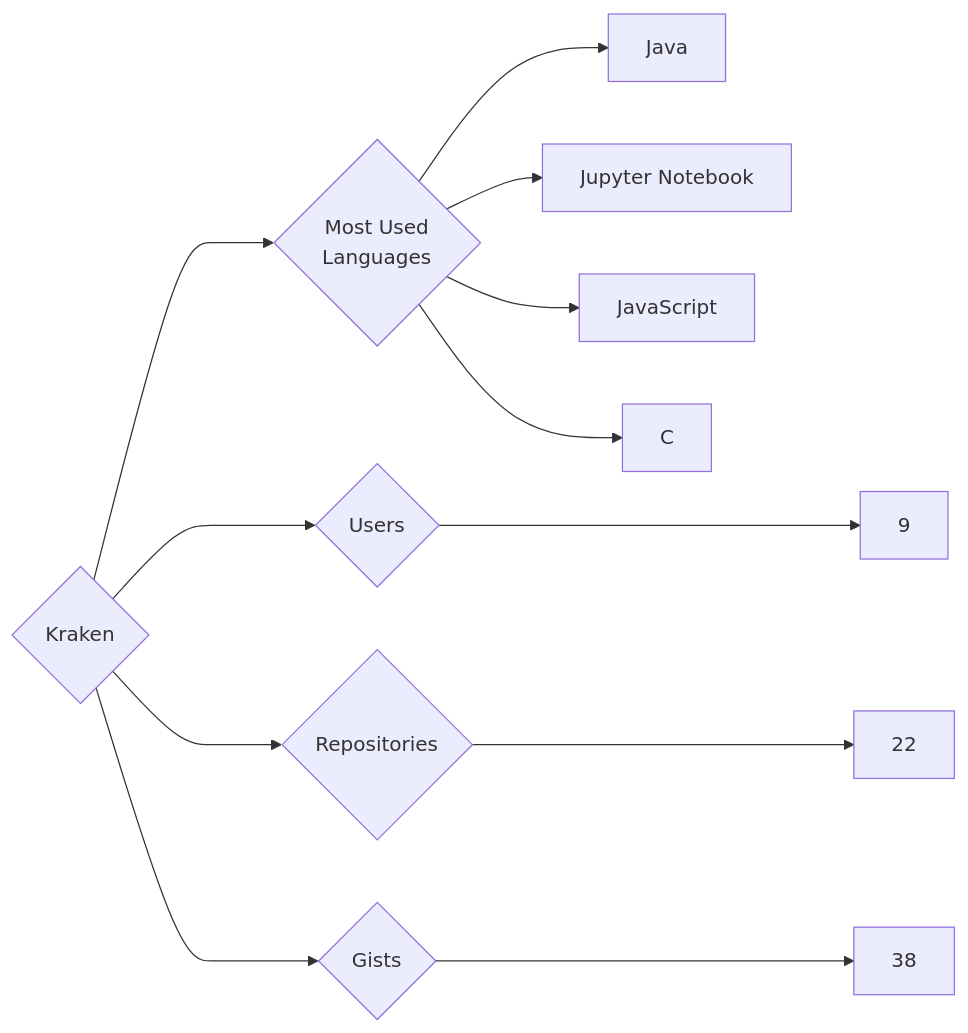
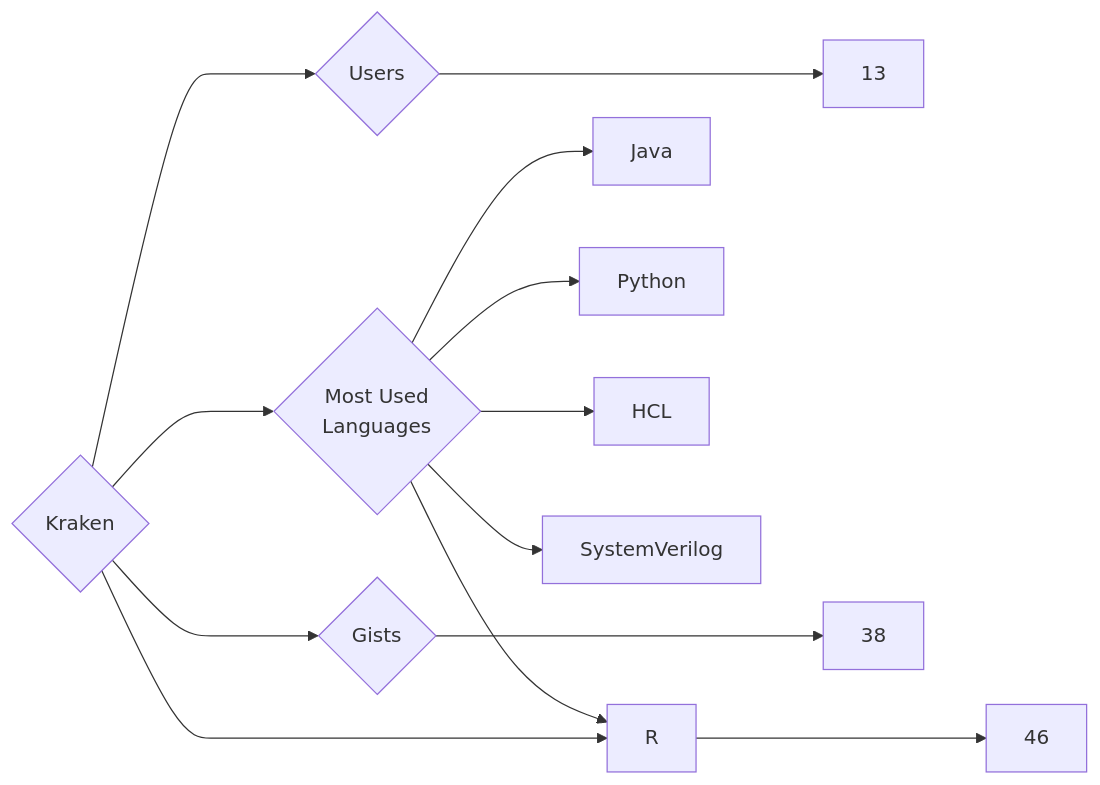
One commit to trickest/insiders changed the diagram in targets/Kraken/README.md. Above: the diagram before and after it, drawn with Mermaid. The commit also changed 1238 other files, not shown here.

````diff
--- a/targets/Kraken/README.md
+++ b/targets/Kraken/README.md
@@ -3,12 +3,13 @@
 ```mermaid
 graph LR
 COMPANY_NAME{Kraken}
-COMPANY_NAME ---> U{Users} ---> UN[9]
-COMPANY_NAME ---> R{Repositories} ---> RN[22]
+COMPANY_NAME ---> U{Users} ---> UN[13]
+COMPANY_NAME ---> R{Repositories} ---> RN[46]
 COMPANY_NAME ---> G{Gists} ---> GN[38]
 COMPANY_NAME ---> ML{Most Used<br>Languages}
 ML --> Java[Java]
-ML --> Jupyter_Notebook[Jupyter Notebook]
-ML --> JavaScript[JavaScript]
-ML --> C[C]
+ML --> Python[Python]
+ML --> R[R]
+ML --> HCL[HCL]
+ML --> SystemVerilog[SystemVerilog]
 ```
````
